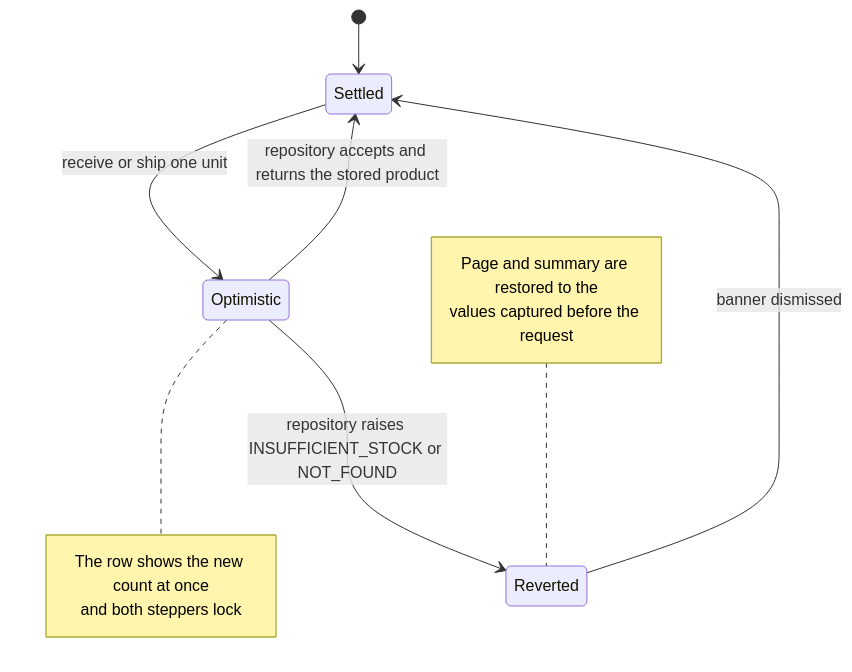
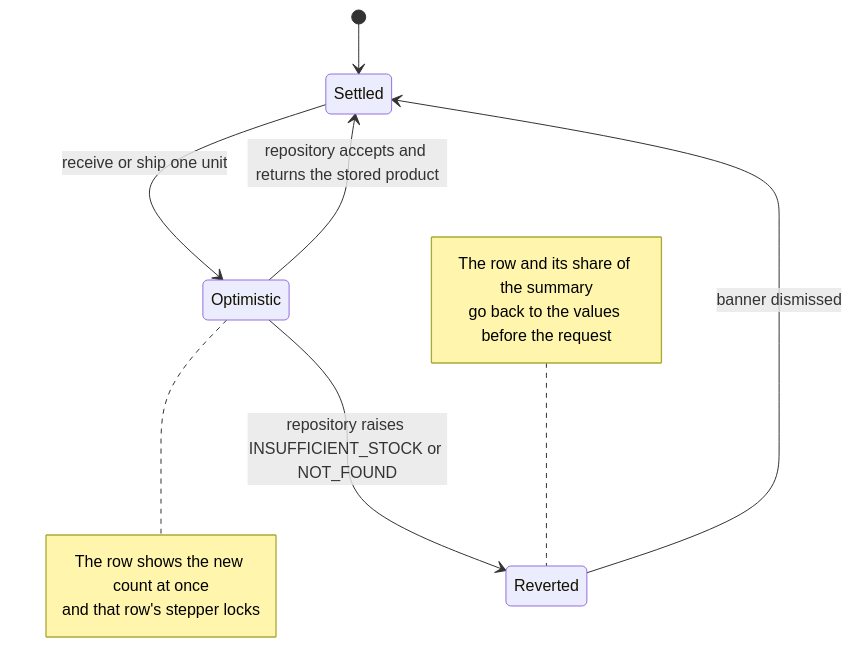
Before and after one commit to dev-mnadeem/product-stock-dashboard: the first of 2 diagrams in README.md, drawn with Mermaid. The commit also changed other lines of this file and 5 other files, not shown here.

````diff
--- a/README.md
+++ b/README.md
@@ -57,16 +76,16 @@
 ```mermaid
 stateDiagram-v2
     [*] --> Settled
     Settled --> Optimistic: receive or ship one unit
     note right of Optimistic
         The row shows the new count at once
-        and both steppers lock
+        and that row's stepper locks
     end note
     Optimistic --> Settled: repository accepts and returns the stored product
     Optimistic --> Reverted: repository raises INSUFFICIENT_STOCK or NOT_FOUND
     note left of Reverted
-        Page and summary are restored to the
-        values captured before the request
+        The row and its share of the summary
+        go back to the values before the request
     end note
     Reverted --> Settled: banner dismissed
 ```
````
